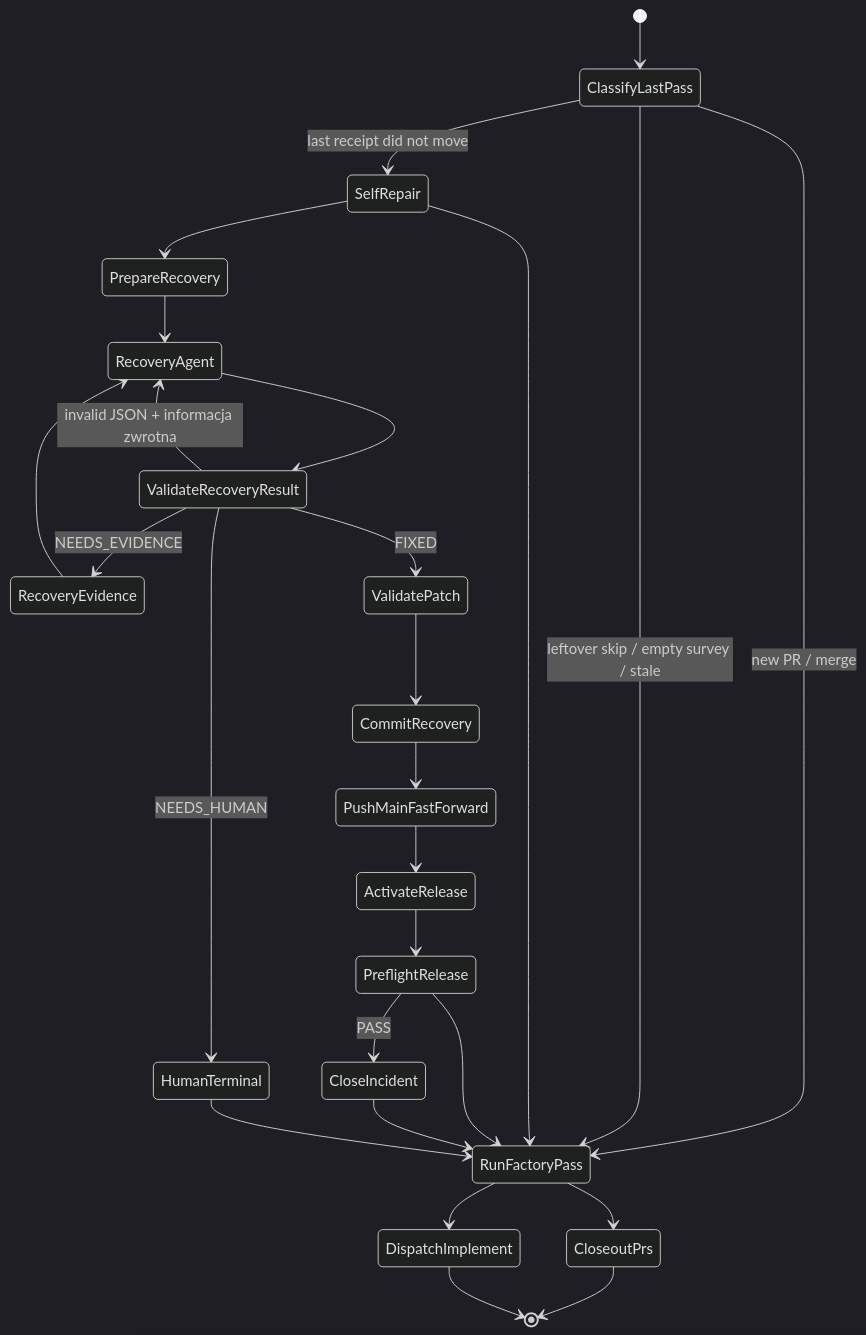
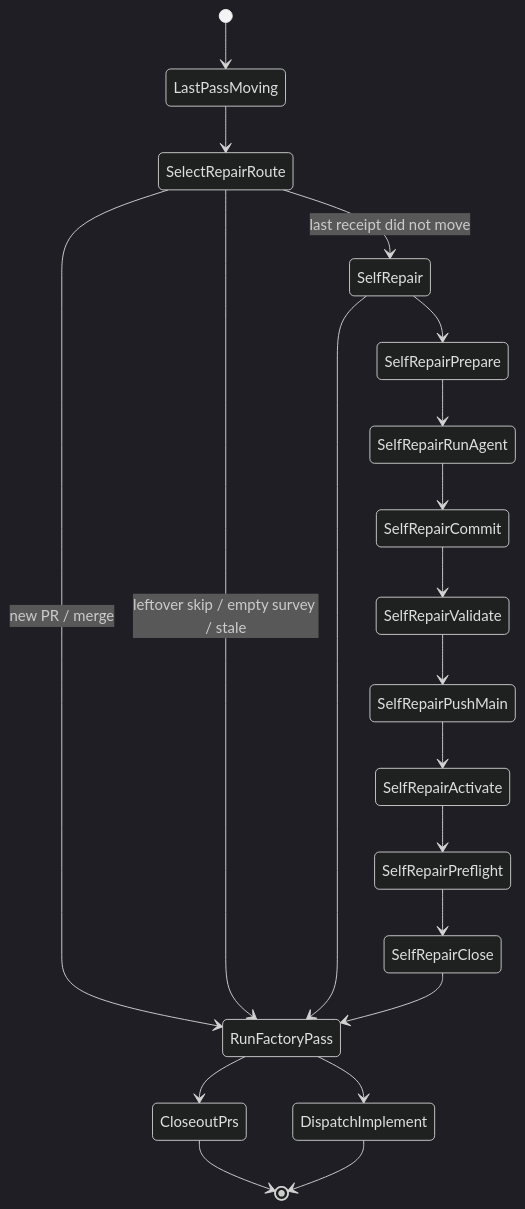
Diagram 43 of 43 in README.md (mikolaj92/lokay), drawn with Mermaid (dark theme) before and after one commit. The commit also changed other lines of this file and 15 other files, not shown here.

First line of the commit message:
fix: split last-pass gate into two small Fala processes

````diff
--- a/README.md
+++ b/README.md
@@ -1259,28 +1263,22 @@
 ```mermaid
 stateDiagram-v2
-    [*] --> ClassifyLastPass
-    ClassifyLastPass --> RunFactoryPass: new PR / merge
-    ClassifyLastPass --> RunFactoryPass: leftover skip / empty survey / stale
-    ClassifyLastPass --> SelfRepair: last receipt did not move
+    [*] --> LastPassMoving
+    LastPassMoving --> SelectRepairRoute
+    SelectRepairRoute --> RunFactoryPass: new PR / merge
+    SelectRepairRoute --> RunFactoryPass: leftover skip / empty survey / stale
+    SelectRepairRoute --> SelfRepair: last receipt did not move
     SelfRepair --> RunFactoryPass
     RunFactoryPass --> CloseoutPrs
     RunFactoryPass --> DispatchImplement
     CloseoutPrs --> [*]
     DispatchImplement --> [*]
-    SelfRepair --> PrepareRecovery
-    PrepareRecovery --> RecoveryAgent
-    RecoveryAgent --> ValidateRecoveryResult
-    ValidateRecoveryResult --> RecoveryAgent: invalid JSON + informacja zwrotna
-    ValidateRecoveryResult --> RecoveryEvidence: NEEDS_EVIDENCE
-    RecoveryEvidence --> RecoveryAgent
-    ValidateRecoveryResult --> ValidatePatch: FIXED
-    ValidateRecoveryResult --> HumanTerminal: NEEDS_HUMAN
-    ValidatePatch --> CommitRecovery
-    CommitRecovery --> PushMainFastForward
-    PushMainFastForward --> ActivateRelease
-    ActivateRelease --> PreflightRelease
-    PreflightRelease --> CloseIncident: PASS
-    PreflightRelease --> RunFactoryPass
-    CloseIncident --> RunFactoryPass
-    HumanTerminal --> RunFactoryPass
+    SelfRepair --> SelfRepairPrepare
+    SelfRepairPrepare --> SelfRepairRunAgent
+    SelfRepairRunAgent --> SelfRepairCommit
+    SelfRepairCommit --> SelfRepairValidate
+    SelfRepairValidate --> SelfRepairPushMain
+    SelfRepairPushMain --> SelfRepairActivate
+    SelfRepairActivate --> SelfRepairPreflight
+    SelfRepairPreflight --> SelfRepairClose
+    SelfRepairClose --> RunFactoryPass
 ```
````
